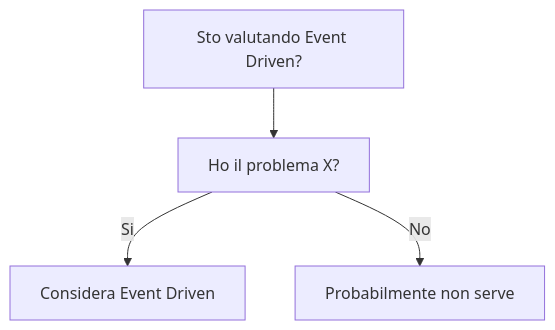
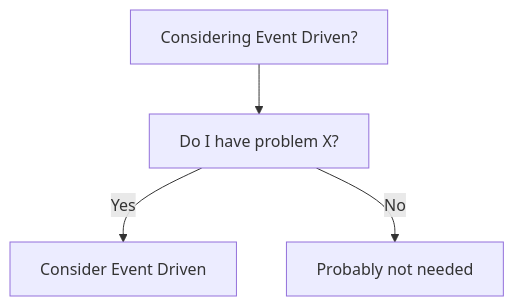
The diagram in dev-wiki/02_Architecture/Event_Driven/When_To_Use.md (HxT9/Software-Dev-Wiki), drawn with Mermaid before and after one commit. The commit also changed other lines of this file and 3444 other files, not shown here.

````diff
--- a/dev-wiki/02_Architecture/Event_Driven/When_To_Use.md
+++ b/dev-wiki/02_Architecture/Event_Driven/When_To_Use.md
@@ -19,6 +19,6 @@
 ```mermaid
 flowchart TD
-  Q[Sto valutando Event Driven?] --> Q1[Ho il problema X?]
-  Q1 -->|Si| OK[Considera Event Driven]
-  Q1 -->|No| NO[Probabilmente non serve]
+  Q[Considering Event Driven?] --> Q1[Do I have problem X?]
+  Q1 -->|Yes| OK[Consider Event Driven]
+  Q1 -->|No| NO[Probably not needed]
 ```
````
